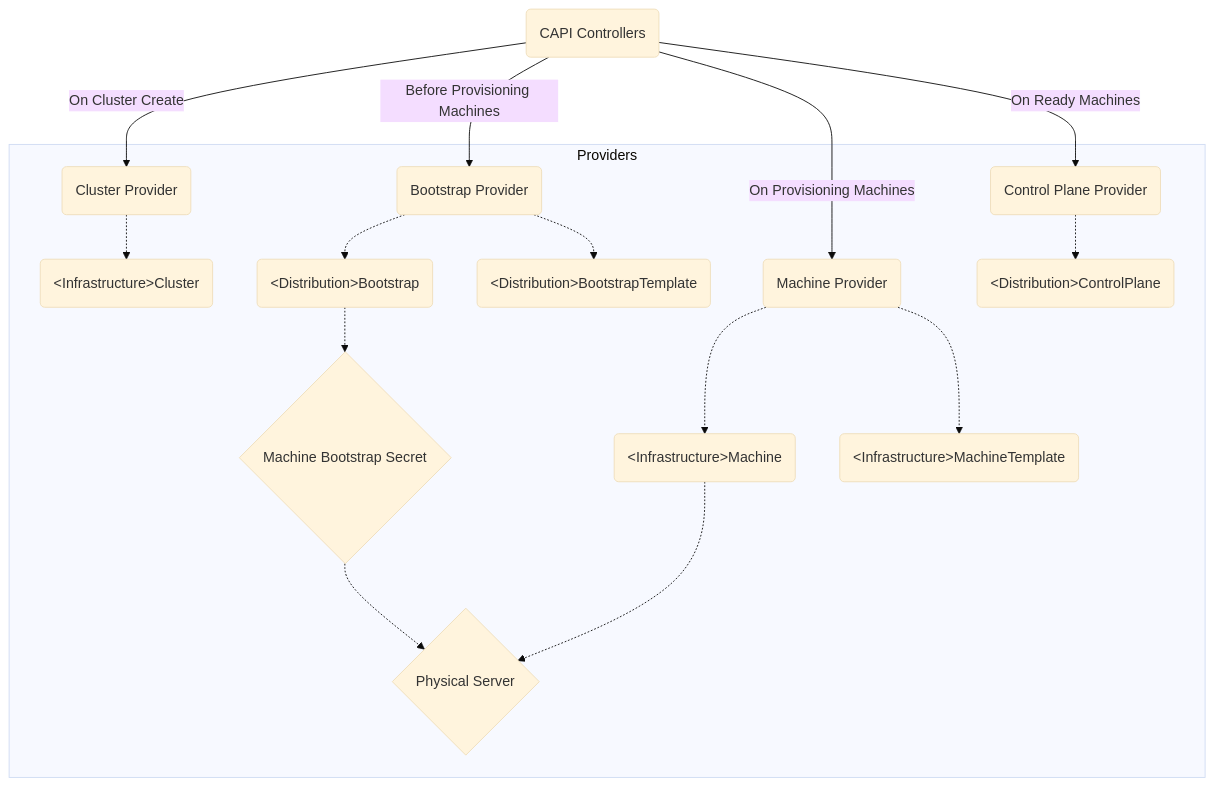
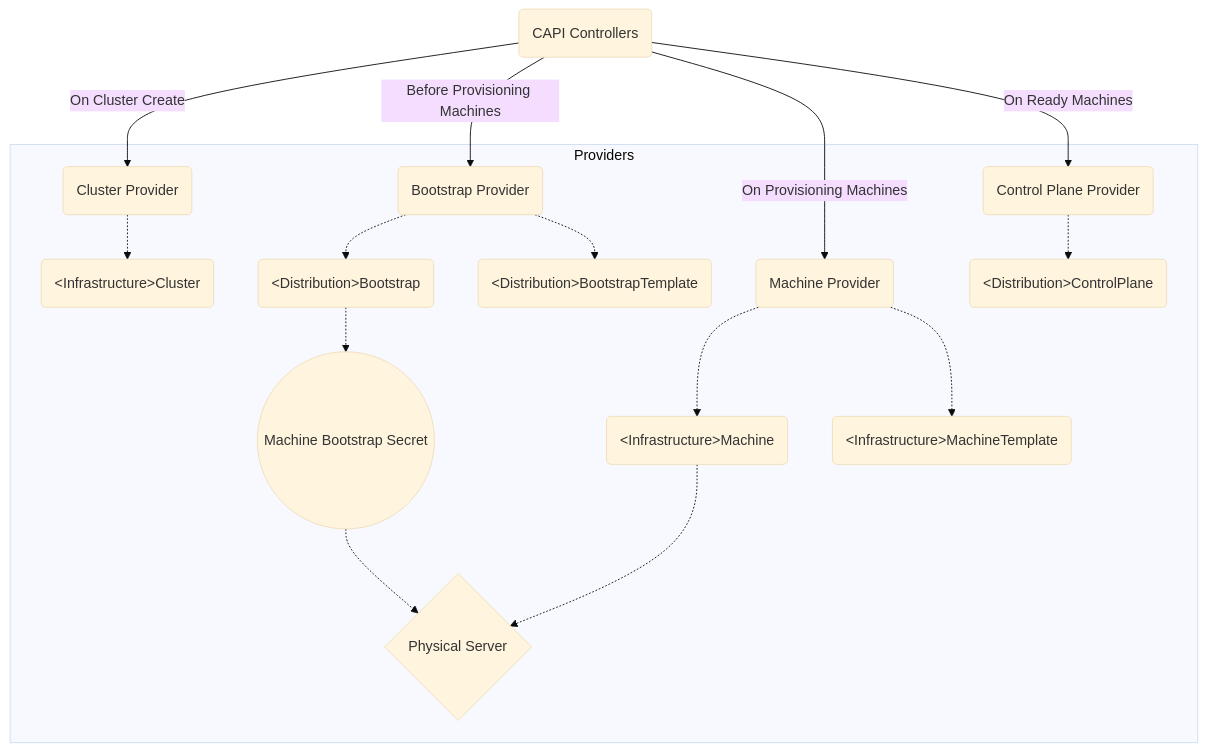
One commit to aiyengar2/k8s-docs changed the second of 2 diagrams in docs/provisioning/00_capi.md. Above: the diagram before and after it, drawn with Mermaid (base theme).

````diff
--- a/docs/provisioning/00_capi.md
+++ b/docs/provisioning/00_capi.md
@@ -77,35 +77,35 @@
 ```mermaid
 graph TD
     CAPIControllers("CAPI Controllers")
     subgraph Providers
     ClusterProvider("Cluster Provider")
     BootstrapProvider("Bootstrap Provider")
     MachineProvider("Machine Provider")
     ControlPlaneProvider("Control Plane Provider")
 
     InfrastructureCluster("&ltInfrastructure&gtCluster")
     DistributionBootstrap("&ltDistribution&gtBootstrap")
     DistributionBootstrapTemplate("&ltDistribution&gtBootstrapTemplate")
     InfrastructureMachine("&ltInfrastructure&gtMachine")
     InfrastructureMachineTemplate("&ltInfrastructure&gtMachineTemplate")
     DistributionControlPlane("&ltDistribution&gtControlPlane")
 
     PhysicalServer{"Physical Server"}
-    MachineBootstrapSecret{"Machine Bootstrap Secret"}
+    MachineBootstrapSecret(("Machine Bootstrap Secret"))
     end
 
     CAPIControllers--On Cluster Create-->ClusterProvider
     CAPIControllers--Before Provisioning Machines-->BootstrapProvider
     CAPIControllers--On Provisioning Machines-->MachineProvider
     CAPIControllers--On Ready Machines-->ControlPlaneProvider
     
     ClusterProvider-.->InfrastructureCluster
     BootstrapProvider-.->DistributionBootstrap
     BootstrapProvider-.->DistributionBootstrapTemplate
     DistributionBootstrap-.->MachineBootstrapSecret
     MachineBootstrapSecret-.->PhysicalServer
     MachineProvider-.->InfrastructureMachine
     InfrastructureMachine-.->PhysicalServer
     MachineProvider-.->InfrastructureMachineTemplate
     ControlPlaneProvider-.->DistributionControlPlane
 ```
````
